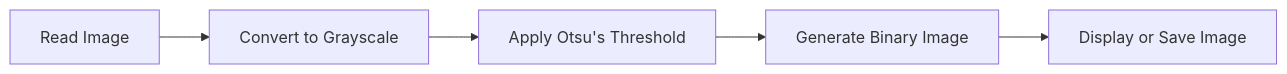
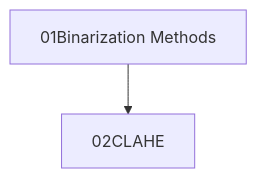
Before and after one commit to 2henWen/ComputerVision: the diagram in README.md, drawn with Mermaid. The commit also changed other lines of this file and 3 other files, not shown here.

Commit message:
binarization clahe

````diff
--- a/README.md
+++ b/README.md
@@ -2,7 +2,4 @@
 ```mermaid
-graph LR;
-    A[Read Image] --> B[Convert to Grayscale]
-    B --> C[Apply Otsu's Threshold]
-    C --> D[Generate Binary Image]
-    D --> E[Display or Save Image]
+graph TD;
+    A[01Binarization Methods] --> B[02CLAHE]
 ```
````
